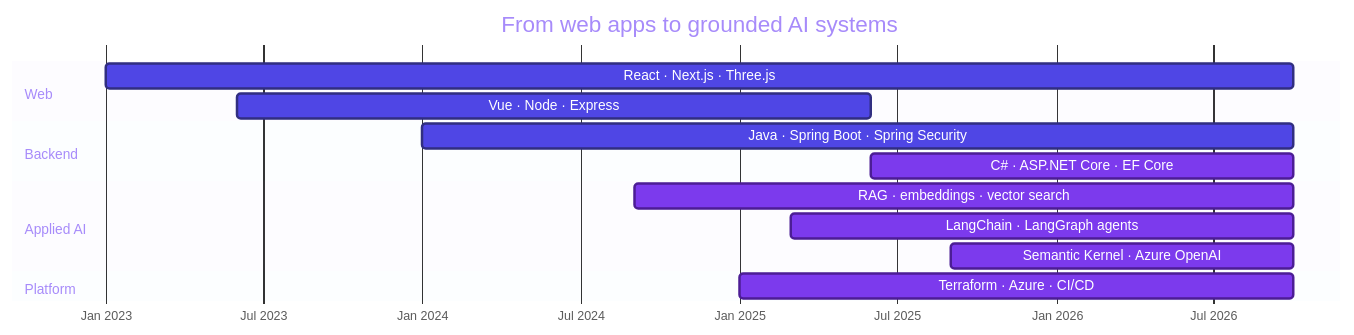
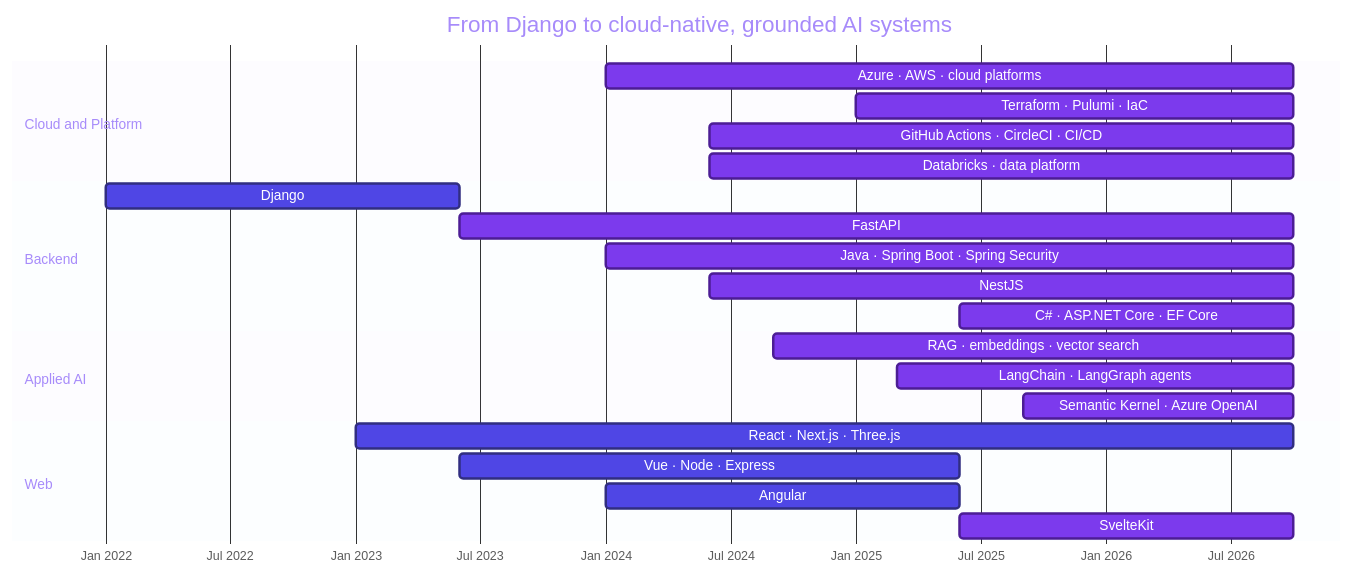
One commit to saoshyant-mansouri/saoshyant-mansouri changed the fourth of 4 diagrams in README.md. Above: the diagram before and after it, drawn with Mermaid. The commit also changed other lines of this file, not shown here.

Commit message:
Lead with cloud and platform work, add Databricks, Calcio and new stack

````diff
--- a/README.md
+++ b/README.md
@@ -250,24 +256,32 @@
 ```mermaid
 %%{init: {'theme':'base','themeVariables':{'fontFamily':'ui-sans-serif, system-ui','fontSize':'13px','titleColor':'#A78BFA','sectionBkgColor':'#8B5CF618','altSectionBkgColor':'#06B6D410','sectionBkgColor2':'#8B5CF618','gridColor':'#8B949E55','todayLineColor':'#F59E0B','taskBkgColor':'#0E7490','taskBorderColor':'#164E63','activeTaskBkgColor':'#7C3AED','activeTaskBorderColor':'#4C1D95','doneTaskBkgColor':'#4F46E5','doneTaskBorderColor':'#312E81','critBkgColor':'#BE123C','critBorderColor':'#881337','taskTextColor':'#FFFFFF','taskTextDarkColor':'#FFFFFF','taskTextLightColor':'#FFFFFF','taskTextOutsideColor':'#8B949E'}}}%%
 gantt
-    title From web apps to grounded AI systems
+    title From Django to cloud-native, grounded AI systems
     dateFormat YYYY-MM
     axisFormat %b %Y
     tickInterval 6month
 
-    section Web
-    React · Next.js · Three.js           :done, w1, 2023-01, 2026-10
-    Vue · Node · Express                 :done, w2, 2023-06, 2025-06
+    section Cloud and Platform
+    Azure · AWS · cloud platforms        :active, c1, 2024-01, 2026-10
+    Terraform · Pulumi · IaC             :active, c2, 2025-01, 2026-10
+    GitHub Actions · CircleCI · CI/CD    :active, c3, 2024-06, 2026-10
+    Databricks · data platform           :active, c4, 2024-06, 2026-10
 
     section Backend
-    Java · Spring Boot · Spring Security :done, b1, 2024-01, 2026-10
-    C# · ASP.NET Core · EF Core          :active, b2, 2025-06, 2026-10
+    Django                               :done, b1, 2022-01, 2023-06
+    FastAPI                              :active, b2, 2023-06, 2026-10
+    Java · Spring Boot · Spring Security :active, b3, 2024-01, 2026-10
+    NestJS                               :active, b4, 2024-06, 2026-10
+    C# · ASP.NET Core · EF Core          :active, b5, 2025-06, 2026-10
 
     section Applied AI
     RAG · embeddings · vector search     :active, a1, 2024-09, 2026-10
     LangChain · LangGraph agents         :active, a2, 2025-03, 2026-10
     Semantic Kernel · Azure OpenAI       :active, a3, 2025-09, 2026-10
 
-    section Platform
-    Terraform · Azure · CI/CD            :active, p1, 2025-01, 2026-10
+    section Web
+    React · Next.js · Three.js           :done, w1, 2023-01, 2026-10
+    Vue · Node · Express                 :done, w2, 2023-06, 2025-06
+    Angular                              :done, w3, 2024-01, 2025-06
+    SvelteKit                            :active, w4, 2025-06, 2026-10
 ```
````
